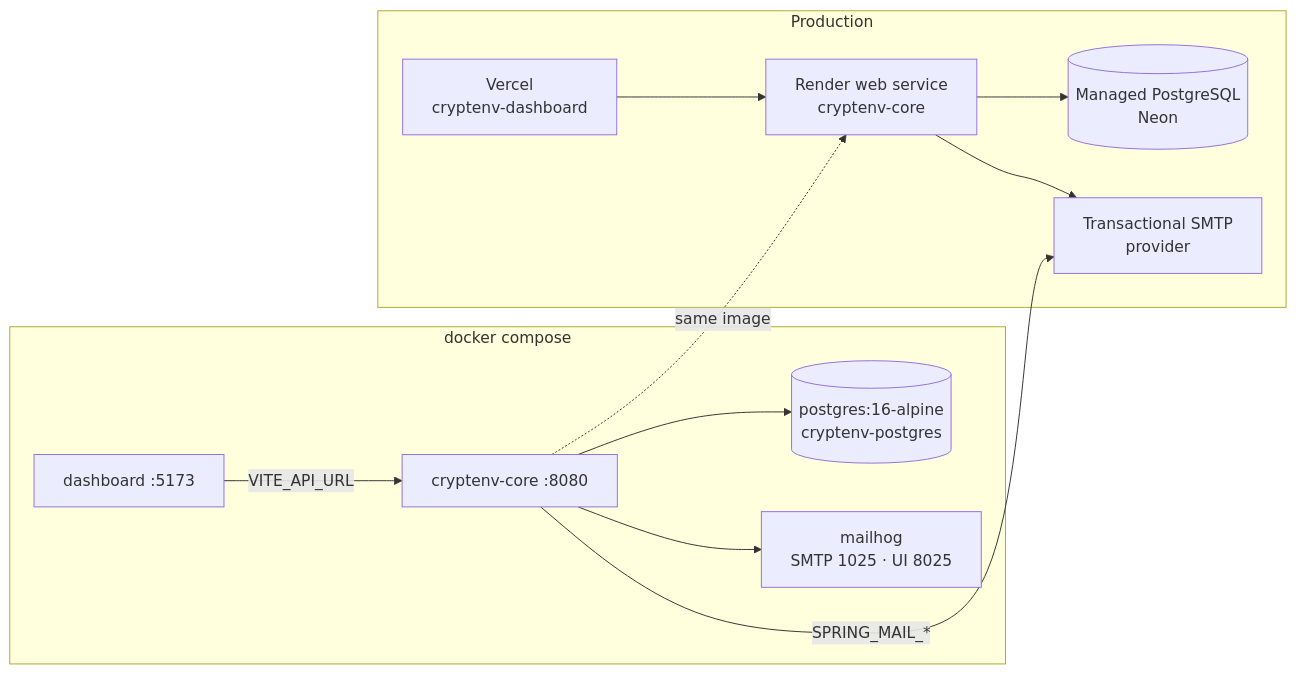
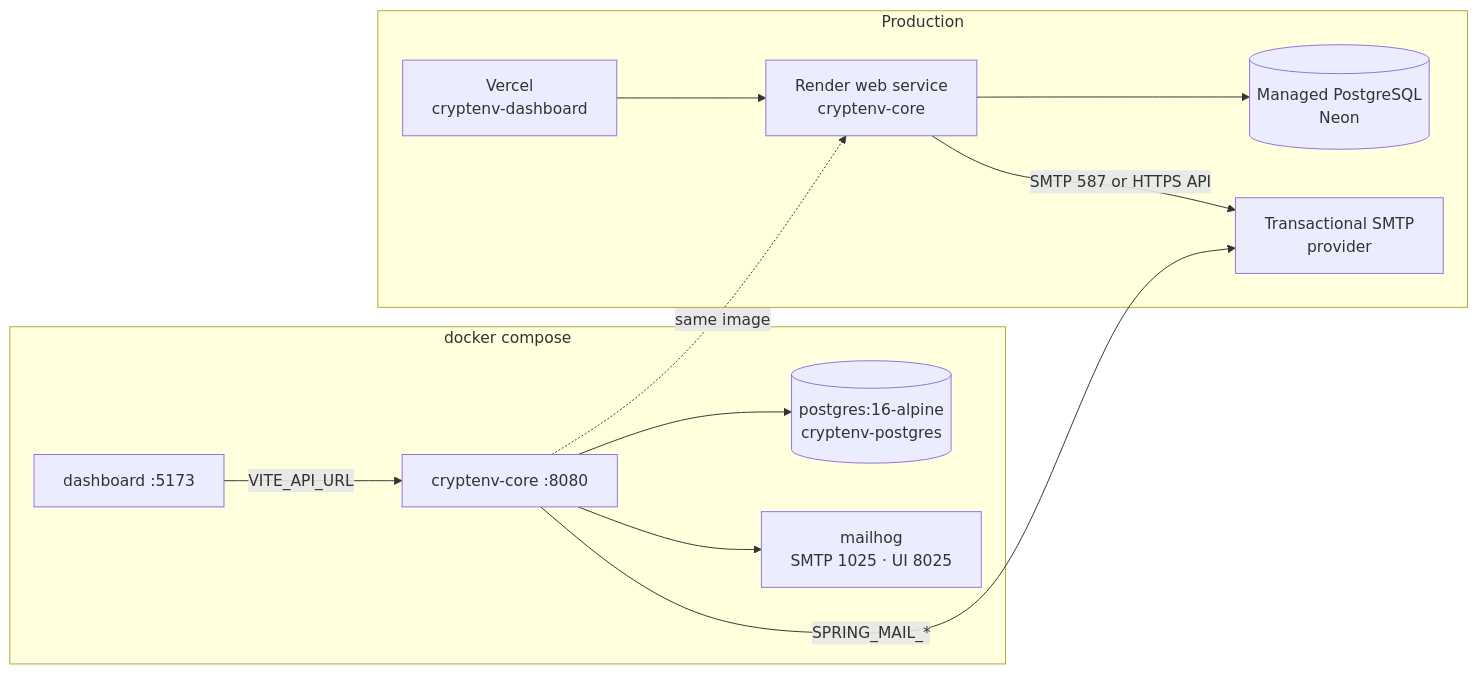
The third of 14 diagrams in README.md (maheshshinde9100/CryptEnv), drawn with Mermaid before and after one commit. The commit also changed other lines of this file, not shown here.

````diff
--- a/README.md
+++ b/README.md
@@ -199,25 +201,25 @@
 ```mermaid
 flowchart LR
   subgraph Local["docker compose"]
     PG[("postgres:16-alpine<br/>cryptenv-postgres")]
     MH["mailhog<br/>SMTP 1025 · UI 8025"]
     APP["cryptenv-core :8080"]
     DASH["dashboard :5173"]
   end
 
   subgraph Production
     RND["Render web service<br/>cryptenv-core"]
     NEON[("Managed PostgreSQL<br/>Neon")]
     VERCEL["Vercel<br/>cryptenv-dashboard"]
     MAILP["Transactional SMTP<br/>provider"]
   end
 
   DASH -->|VITE_API_URL| APP
   APP --> PG
   APP --> MH
   APP -->|SPRING_MAIL_*| MAILP
   VERCEL --> RND
   RND --> NEON
-  RND --> MAILP
+  RND -->|SMTP 587 or HTTPS API| MAILP
   APP -.->|same image| RND
 ```
````
